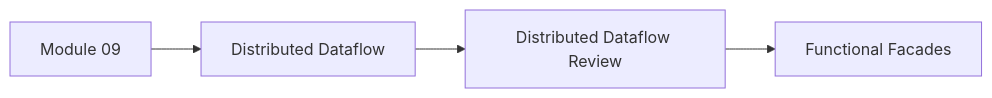
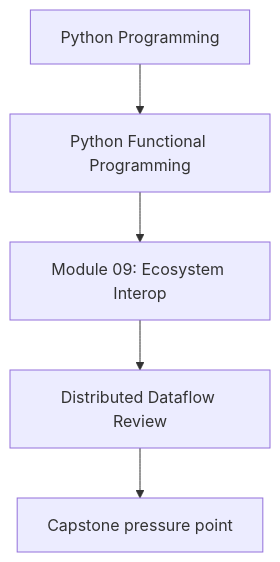
Before and after one commit to bijux/bijux-masterclass: the first of 2 diagrams in programs/python-programming/python-functional-programming/course-book/module-09-ecosystem-interop/distributed-dataflow-review.md, drawn with Mermaid. The commit also changed other lines of this file and 118 other files, not shown here.

Commit message:
docs(python-functional-programming): align concept page diagrams

````diff
--- a/programs/python-programming/python-functional-programming/course-book/module-09-ecosystem-interop/distributed-dataflow-review.md
+++ b/programs/python-programming/python-functional-programming/course-book/module-09-ecosystem-interop/distributed-dataflow-review.md
@@ -7,6 +7,7 @@
 ```mermaid
-graph LR
-  module["Module 09"] --> lesson["Distributed Dataflow"]
-  lesson --> review["Distributed Dataflow Review"]
-  review --> next["Functional Facades"]
+flowchart TD
+  family["Python Programming"] --> program["Python Functional Programming"]
+  program --> module["Module 09: Ecosystem Interop"]
+  module --> concept["Distributed Dataflow Review"]
+  concept --> capstone["Capstone pressure point"]
 ```
````
